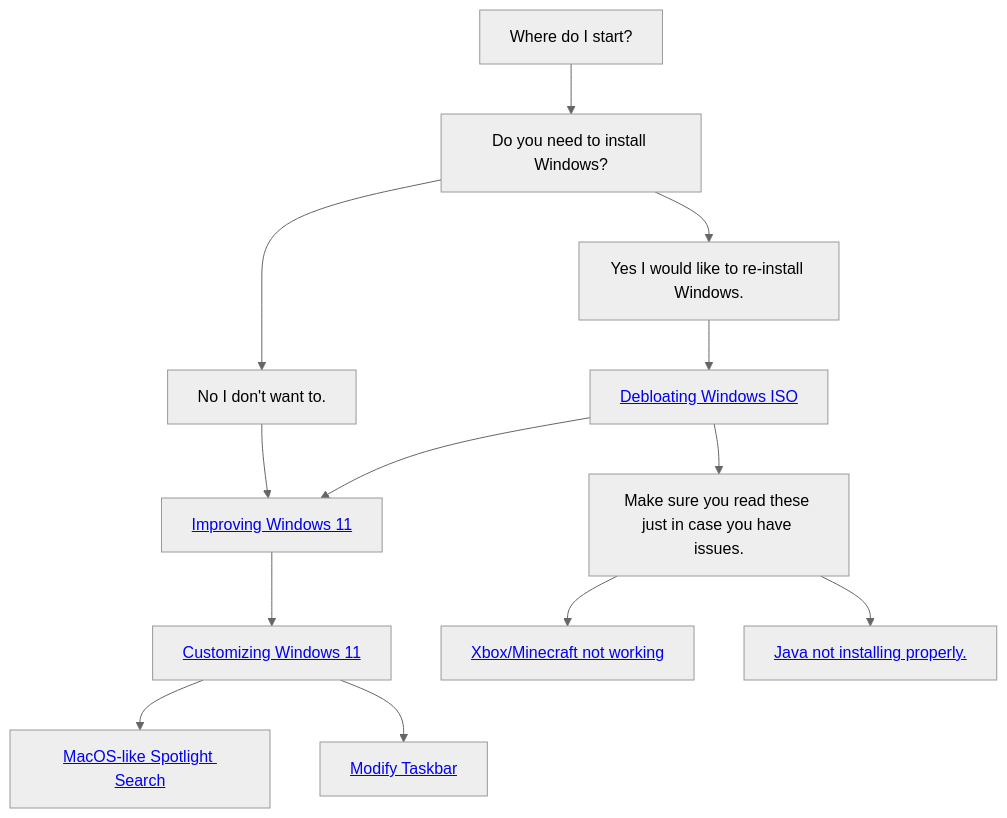
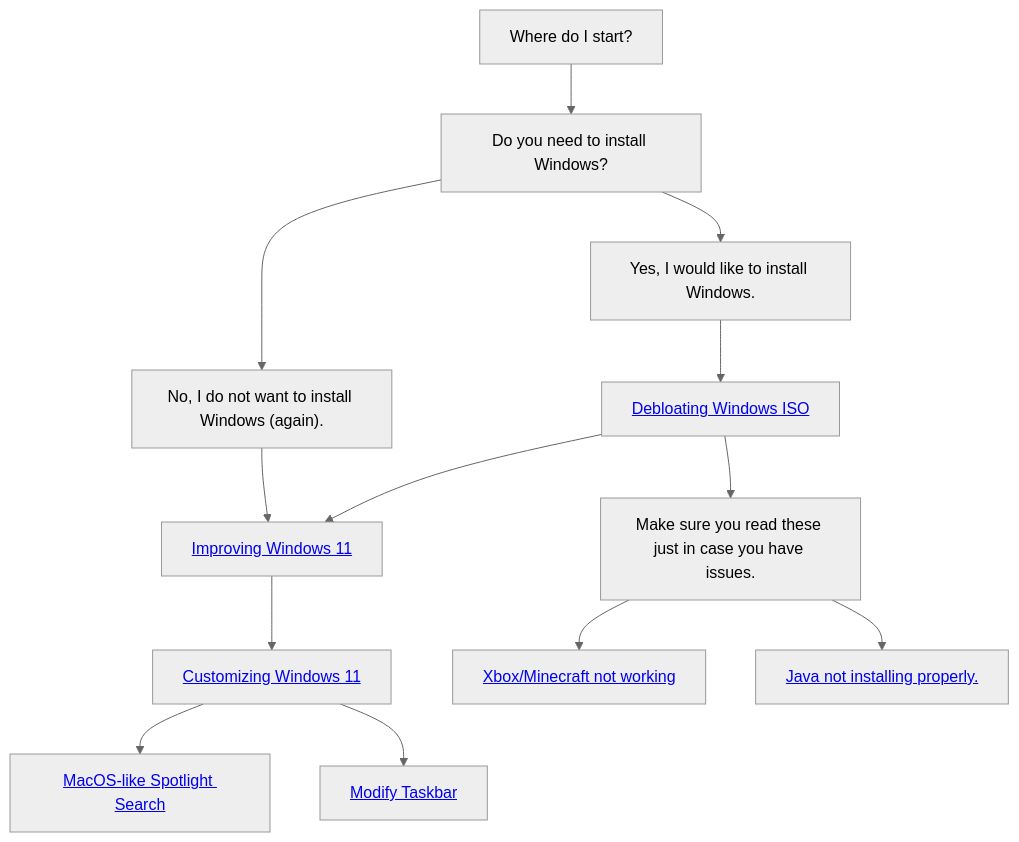
One commit to anthonymendez/Improve-Windows-11 changed the diagram in README.md. Above: the diagram before and after it, drawn with Mermaid (neutral theme).

Commit message:
Fix graph wording

````diff
--- a/README.md
+++ b/README.md
@@ -22,16 +22,16 @@
 ```mermaid
    graph TD;
       START[Where do I start?]-->INSTALL["Do you need to install Windows?"]
-      INSTALL-->YES-INSTALL["Yes I would like to re-install Windows."]
-      INSTALL-->NO-INSTALL["No I don't want to."]
+      INSTALL-->YES-INSTALL["Yes, I would like to install Windows."]
+      INSTALL-->NO-INSTALL["No, I do not want to install Windows (again)."]
       YES-INSTALL-->ISO["<a href="#debloating-windows-iso">Debloating Windows ISO</a>"]
       ISO-->IMPROVE
       NO-INSTALL-->IMPROVE["<a href="#improving-windows-11">Improving Windows 11</a>"]
       IMPROVE-->CUSTOMIZE["<a href="#customizing-windows-11">Customizing Windows 11</a>"]
       CUSTOMIZE-->SEARCH["<a href="#macos-like-spotlight-search">MacOS-like Spotlight Search</a>"]
       CUSTOMIZE-->TASKBAR["<a href="#modify-taskbar">Modify Taskbar</a>"]
 
       ISO-->FYI["Make sure you read these just in case you have issues."]
       FYI-->XBOX["<a href="#xbox-and-minecraft-launcher-not-working">Xbox/Minecraft not working</a>"]
       FYI-->JAVA["<a href="#java-installation">Java not installing properly.</a>"]
 ```
````
